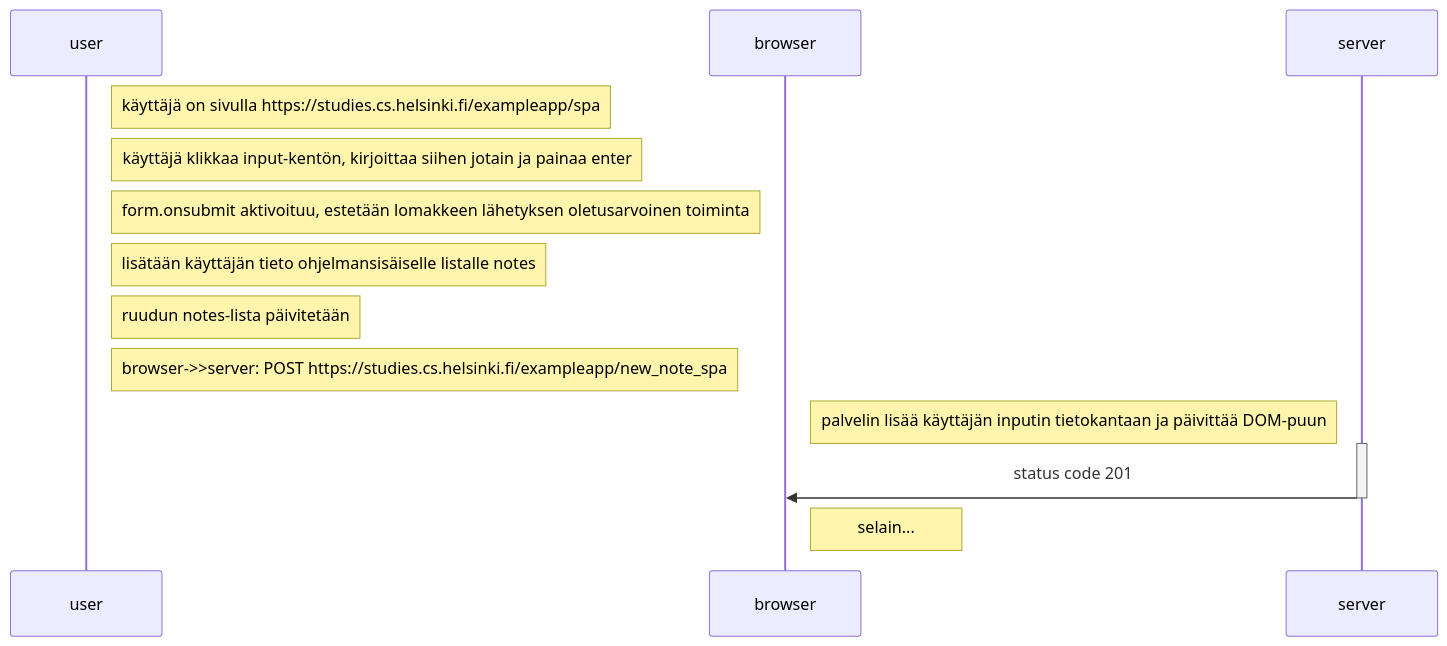
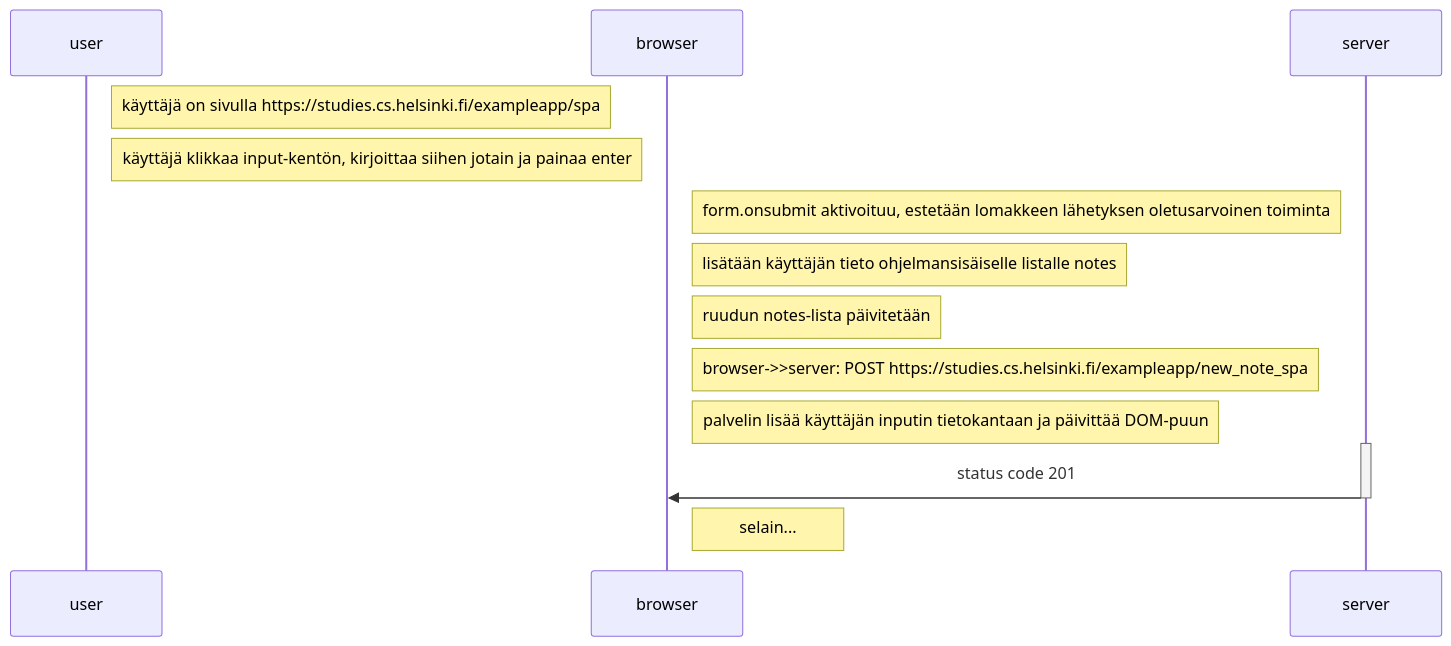
The diagram in mermaid-test9.md (moocjsi/mooc-harj03), drawn with Mermaid before and after one commit.

````diff
--- a/mermaid-test9.md
+++ b/mermaid-test9.md
@@ -2,24 +2,24 @@
 ```mermaid
 sequenceDiagram
     participant user
     participant browser
     participant server
 
     Note right of user: käyttäjä on sivulla https://studies.cs.helsinki.fi/exampleapp/spa
     Note right of user: käyttäjä klikkaa input-kentön, kirjoittaa siihen jotain ja painaa enter
     
-    Note right of user: form.onsubmit aktivoituu, estetään lomakkeen lähetyksen oletusarvoinen toiminta
-    Note right of user: lisätään käyttäjän tieto ohjelmansisäiselle listalle notes
-    Note right of user: ruudun notes-lista päivitetään
-    Note right of user: browser->>server: POST https://studies.cs.helsinki.fi/exampleapp/new_note_spa
+    Note right of browser: form.onsubmit aktivoituu, estetään lomakkeen lähetyksen oletusarvoinen toiminta
+    Note right of browser: lisätään käyttäjän tieto ohjelmansisäiselle listalle notes
+    Note right of browser: ruudun notes-lista päivitetään
+    Note right of browser: browser->>server: POST https://studies.cs.helsinki.fi/exampleapp/new_note_spa
 
     Note right of browser: palvelin lisää käyttäjän inputin tietokantaan ja päivittää DOM-puun
 
     activate server
     server->>browser: status code 201
     deactivate server
 
     Note right of browser: selain...
 
 
 ```
````
